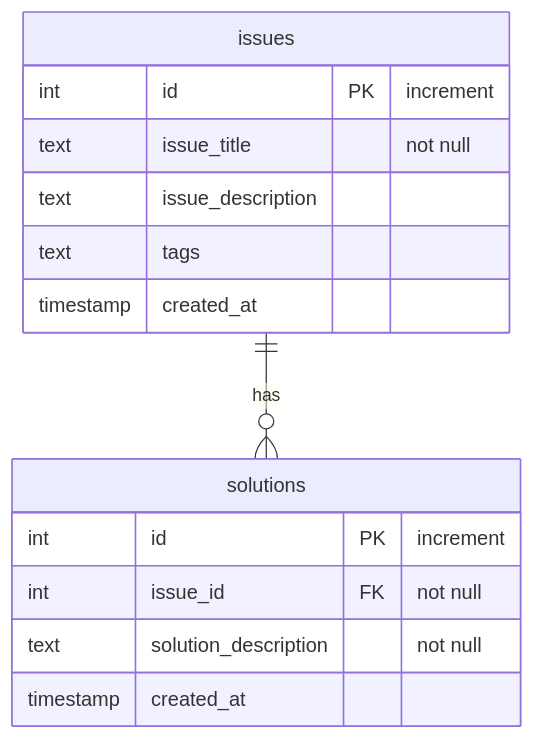
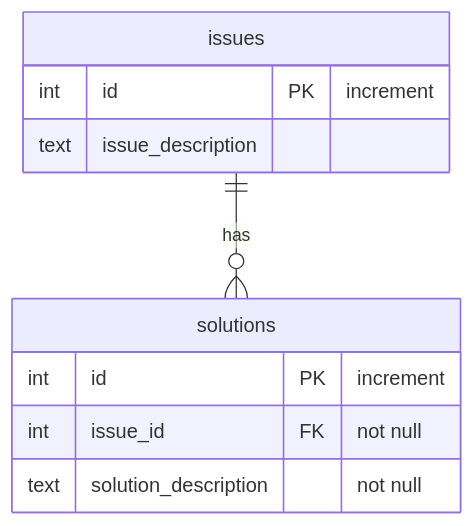
Before and after one commit to endermn/gev-ai: the diagram in gev_ai/database/schemas/written_solutions/solutions_schema.md, drawn with Mermaid. The commit also changed 4 other files, not shown here.

````diff
--- a/gev_ai/database/schemas/written_solutions/solutions_schema.md
+++ b/gev_ai/database/schemas/written_solutions/solutions_schema.md
@@ -9,19 +9,15 @@
 ```mermaid
 erDiagram
     issues {
         int id PK "increment"
-        text issue_title "not null"
         text issue_description
-        text tags
-        timestamp created_at
     }
 
     solutions {
         int id PK "increment"
         int issue_id FK "not null"
         text solution_description "not null"
-        timestamp created_at
     }
 
     issues ||--o{ solutions : "has"
 ```
````
